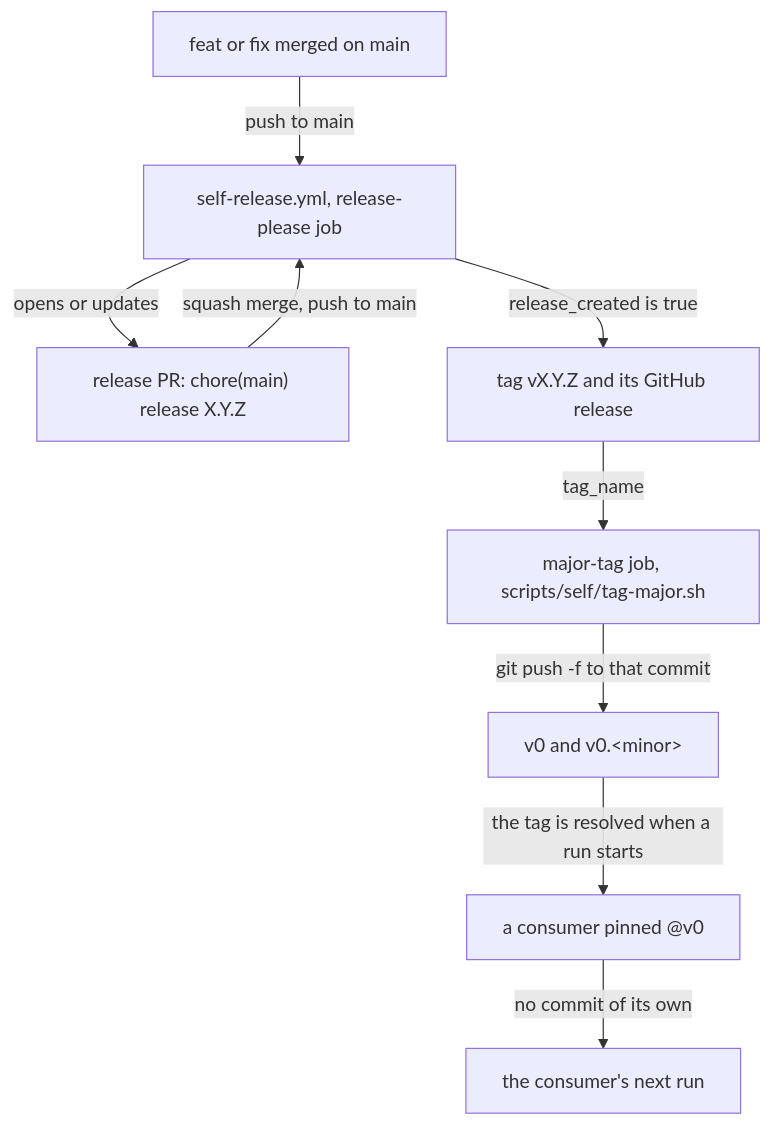
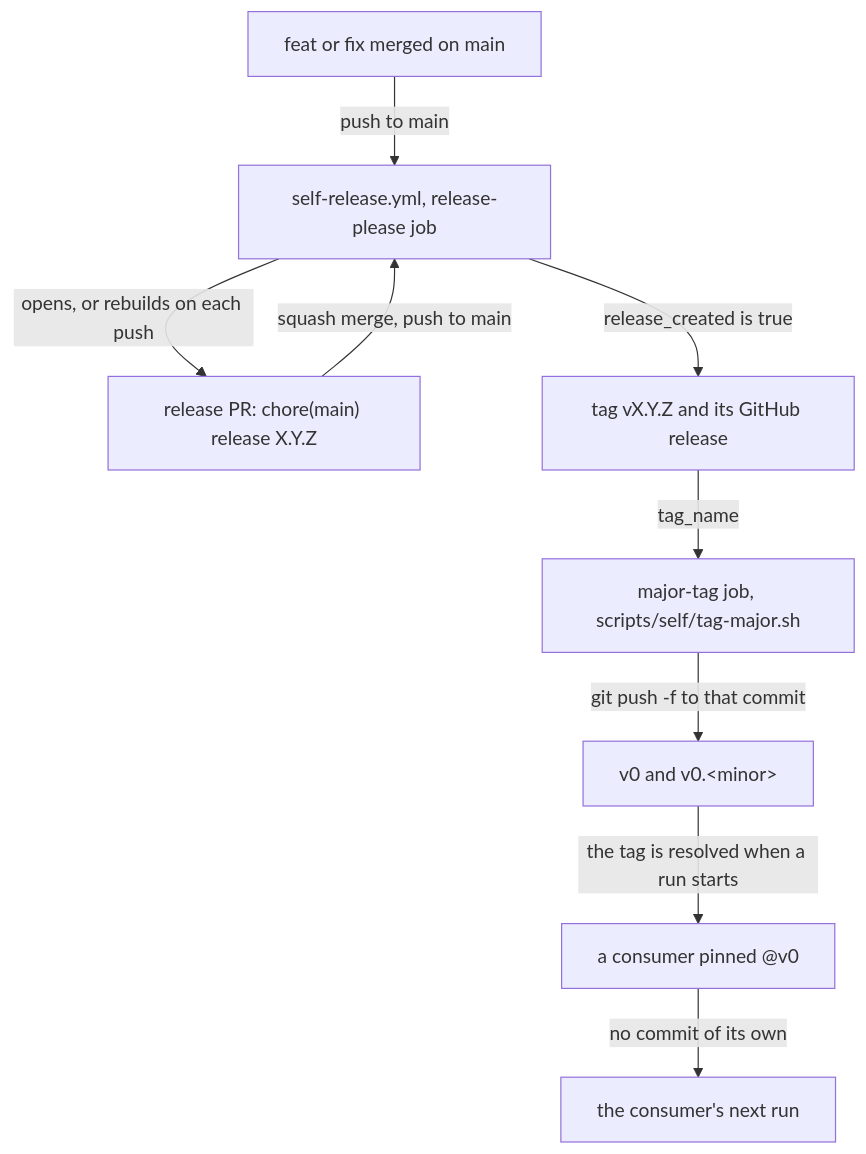
Before and after one commit to blinkbitcoin/shared-workflows: the first of 5 diagrams in docs/consumer-guide.md, drawn with Mermaid. The commit also changed 6 other files, not shown here.

First line of the commit message:
ci(self): rebuild every open release PR on each push to main (#77)

````diff
--- a/docs/consumer-guide.md
+++ b/docs/consumer-guide.md
@@ -43,19 +43,19 @@
 ```mermaid
 flowchart TD
   merged["feat or fix merged on main"]
   release["self-release.yml, release-please job"]
   pr["release PR: chore(main) release X.Y.Z"]
   tag["tag vX.Y.Z and its GitHub release"]
   major["major-tag job, scripts/self/tag-major.sh"]
   moving["v0 and v0.&lt;minor&gt;"]
   consumer["a consumer pinned @v0"]
   run["the consumer's next run"]
   merged -->|"push to main"| release
-  release -->|"opens or updates"| pr
+  release -->|"opens, or rebuilds on each push"| pr
   pr -->|"squash merge, push to main"| release
   release -->|"release_created is true"| tag
   tag -->|"tag_name"| major
   major -->|"git push -f to that commit"| moving
   moving -->|"the tag is resolved when a run starts"| consumer
   consumer -->|"no commit of its own"| run
 ```
````
